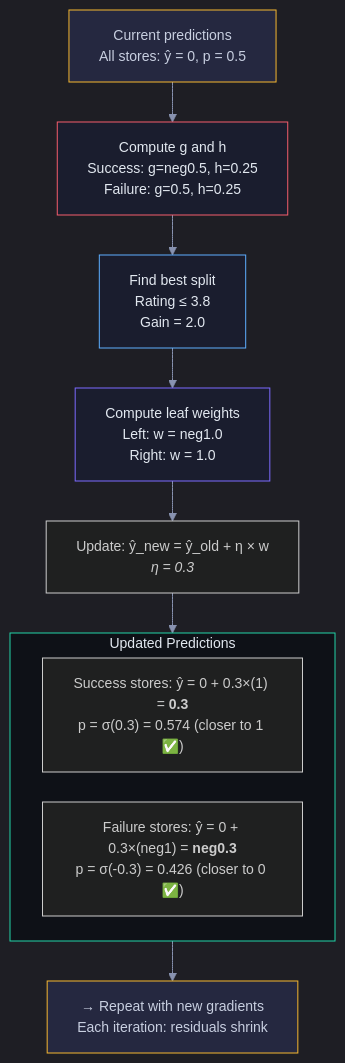
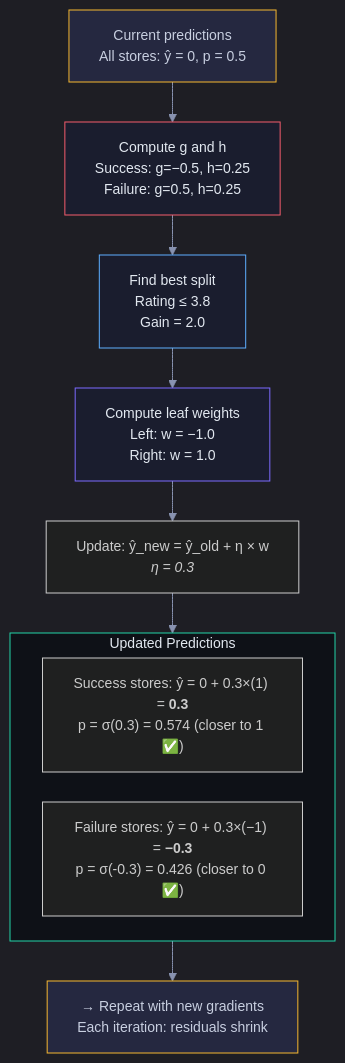
The seventh of 11 diagrams in Documents/Visual_Guides/ML_Concepts/XGBoost_Visual.md (snehith1234/StudyCircle), drawn with Mermaid before and after one commit. The commit also changed other lines of this file and 7 other files, not shown here.

Commit message:
Fix minus/neg in Mermaid: use proper − symbol instead of words

````diff
--- a/Documents/Visual_Guides/ML_Concepts/XGBoost_Visual.md
+++ b/Documents/Visual_Guides/ML_Concepts/XGBoost_Visual.md
@@ -170,23 +170,23 @@
 ```mermaid
 %%{init: {'theme': 'dark', 'themeVariables': {'darkMode': true, 'background': '#0e1117', 'primaryColor': '#1a1d2e', 'primaryTextColor': '#e2e8f0', 'primaryBorderColor': '#2d3148', 'lineColor': '#8892b0', 'secondaryColor': '#252840', 'tertiaryColor': '#1a1d2e', 'fontSize': '14px', 'edgeLabelBackground': '#0e1117'}, 'flowchart': {'nodeSpacing': 30, 'rankSpacing': 40, 'padding': 15, 'htmlLabels': true}}}%%
 graph TD
-    PRED0["Current predictions<br/>All stores: ŷ = 0, p = 0.5"] --> GRADS["Compute g and h<br/>Success: g=neg0.5, h=0.25<br/>Failure: g=0.5, h=0.25"]
+    PRED0["Current predictions<br/>All stores: ŷ = 0, p = 0.5"] --> GRADS["Compute g and h<br/>Success: g=−0.5, h=0.25<br/>Failure: g=0.5, h=0.25"]
     GRADS --> SPLIT["Find best split<br/>Rating ≤ 3.8<br/>Gain = 2.0"]
-    SPLIT --> LEAVES["Compute leaf weights<br/>Left: w = neg1.0<br/>Right: w = 1.0"]
+    SPLIT --> LEAVES["Compute leaf weights<br/>Left: w = −1.0<br/>Right: w = 1.0"]
     LEAVES --> UPDATE["Update: ŷ_new = ŷ_old + η × w<br/><i>η = 0.3</i>"]
 
     subgraph RESULT["Updated Predictions"]
         R1["Success stores: ŷ = 0 + 0.3×(1) = <b>0.3</b><br/>p = σ(0.3) = 0.574 (closer to 1 ✅)"]
-        R2["Failure stores: ŷ = 0 + 0.3×(neg1) = <b>neg0.3</b><br/>p = σ(-0.3) = 0.426 (closer to 0 ✅)"]
+        R2["Failure stores: ŷ = 0 + 0.3×(−1) = <b>−0.3</b><br/>p = σ(-0.3) = 0.426 (closer to 0 ✅)"]
     end
 
     UPDATE --> RESULT
     RESULT --> NEXT["→ Repeat with new gradients<br/>Each iteration: residuals shrink"]
 
     style PRED0 fill:#252840,stroke:#f5b731,color:#c8cfe0
     style GRADS fill:#1a1d2e,stroke:#f45d6d,color:#e2e8f0
     style SPLIT fill:#1a1d2e,stroke:#5eaeff,color:#e2e8f0
     style LEAVES fill:#1a1d2e,stroke:#7c6aff,color:#e2e8f0
     style RESULT fill:#0e1117,stroke:#22d3a7,color:#e2e8f0
     style NEXT fill:#252840,stroke:#f5b731,color:#c8cfe0
 ```
````
